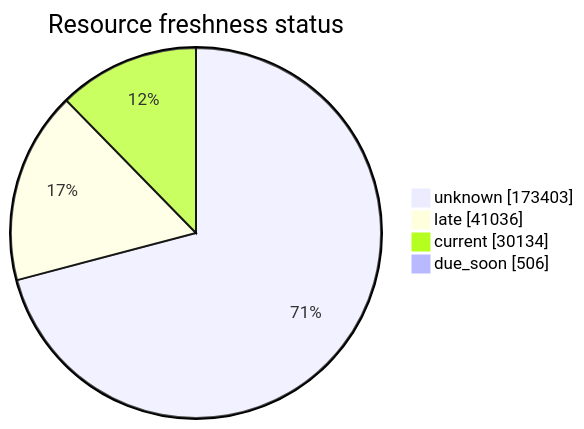
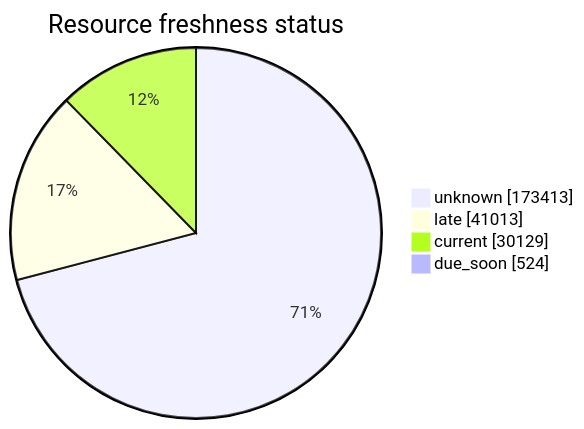
The third of 5 diagrams in FreshCheck/README.md (open-data/analytics-corporate-reporting), drawn with Mermaid before and after one commit. The commit also changed other lines of this file and 3 other files, not shown here.

````diff
--- a/FreshCheck/README.md
+++ b/FreshCheck/README.md
@@ -77,7 +77,7 @@
 ```mermaid
 pie showData title Resource freshness status
-    "unknown": 173403
-    "late": 41036
-    "current": 30134
-    "due_soon": 506
+    "unknown": 173413
+    "late": 41013
+    "current": 30129
+    "due_soon": 524
 ```
````
